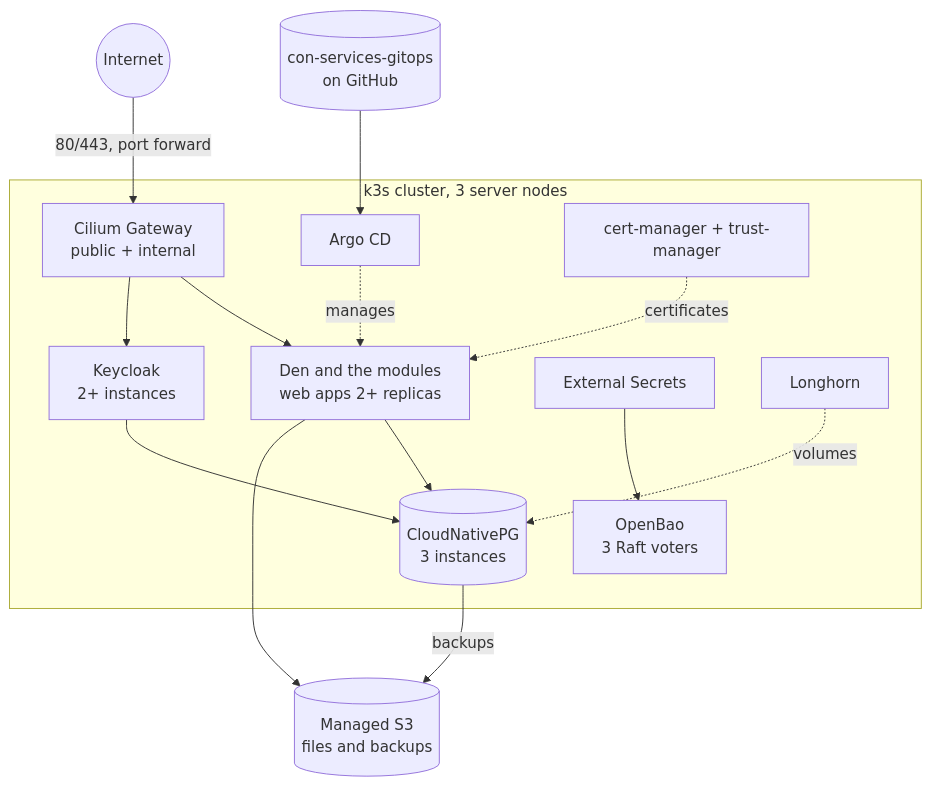
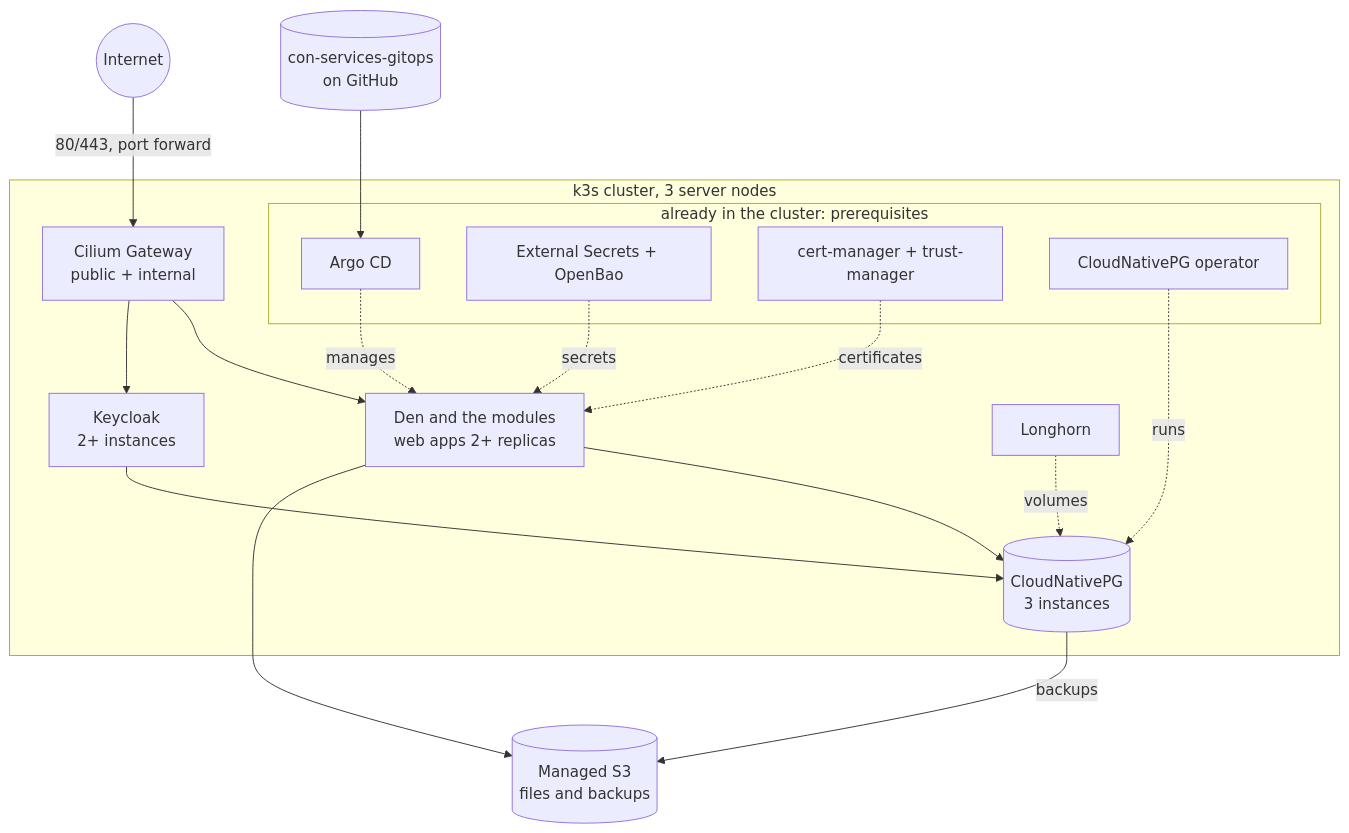
Before and after one commit to AGlElectronics/con-services: the diagram in docs/deploy/index.md, drawn with Mermaid. The commit also changed other lines of this file and 30 other files, not shown here.

````diff
--- a/docs/deploy/index.md
+++ b/docs/deploy/index.md
@@ -17,18 +28,25 @@
 ```mermaid
 flowchart TB
     internet((Internet)) -->|80/443, port forward| gw
     subgraph cluster [k3s cluster, 3 server nodes]
         gw[Cilium Gateway<br/>public + internal]
         gw --> apps[Den and the modules<br/>web apps 2+ replicas]
         gw --> kc[Keycloak<br/>2+ instances]
         apps --> pg[(CloudNativePG<br/>3 instances)]
         kc --> pg
-        eso[External Secrets] --> bao[OpenBao<br/>3 Raft voters]
-        argo[Argo CD] -.manages.-> apps
-        cm[cert-manager + trust-manager] -.certificates.-> apps
         lh[Longhorn] -.volumes.-> pg
+        subgraph prereq [already in the cluster: prerequisites]
+            argo[Argo CD]
+            eso[External Secrets + OpenBao]
+            cm[cert-manager + trust-manager]
+            cnpg[CloudNativePG operator]
+        end
+        argo -.manages.-> apps
+        eso -.secrets.-> apps
+        cm -.certificates.-> apps
+        cnpg -.runs.-> pg
     end
     git[(con-services-gitops<br/>on GitHub)] --> argo
     apps --> s3[(Managed S3<br/>files and backups)]
     pg -->|backups| s3
 ```
````
